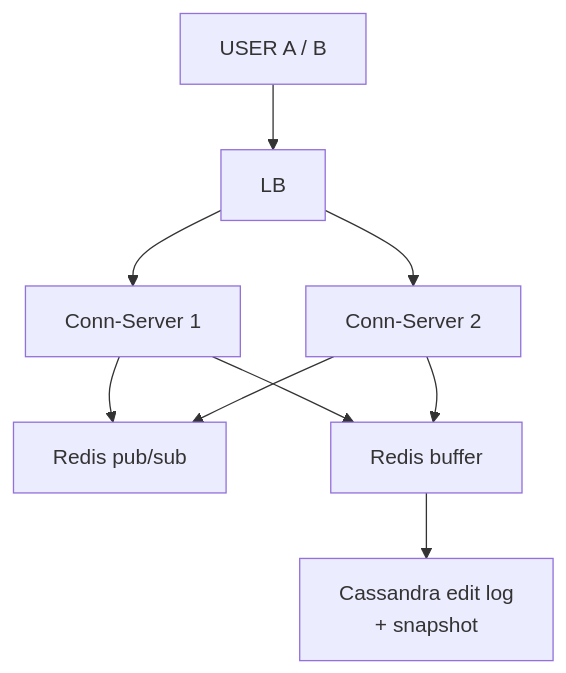
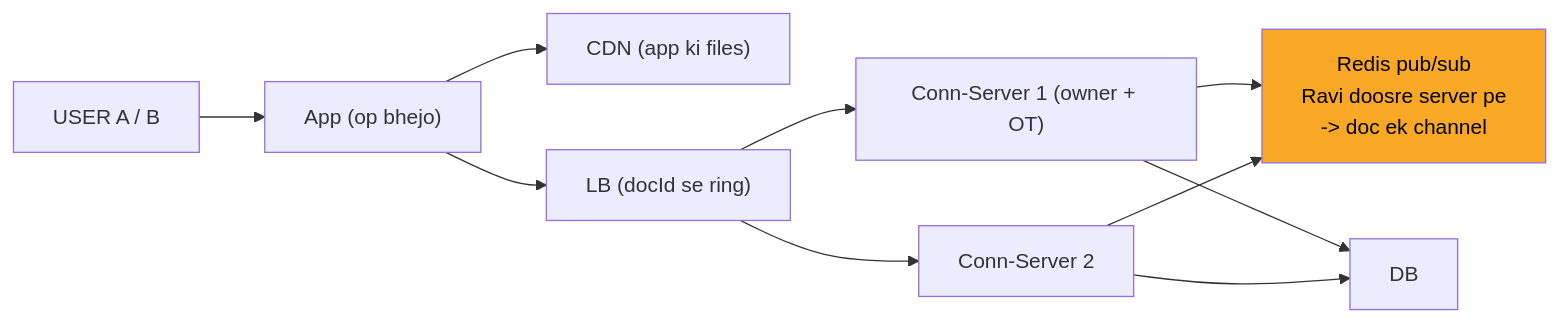
Before and after one commit to ArpanMaheshwari144/Prep: the sixth of 10 diagrams in 04_HLD/SYSTEM_DESIGNS/11_google_docs_collab/11_google_docs_collab.md, drawn with Mermaid. The commit also changed other lines of this file and 2 other files, not shown here.

Commit message:
docs, kafka, banking: one-day story, short cards, follow-ups with rules, highlighted diagrams

````diff
--- a/04_HLD/SYSTEM_DESIGNS/11_google_docs_collab/11_google_docs_collab.md
+++ b/04_HLD/SYSTEM_DESIGNS/11_google_docs_collab/11_google_docs_collab.md
@@ -239,18 +195,21 @@
 ```mermaid
-flowchart TD
-    n_USER_A_B["USER A / B"]
-    n_LB["LB"]
-    n_Conn_Server_x_N_1["Conn-Server 1"]
-    n_Conn_Server_x_N_2["Conn-Server 2"]
-    n_Redis_pub_sub["Redis pub/sub"]
-    n_Redis_buffer["Redis buffer"]
-    n_Cassandra_edit_log["Cassandra edit log<br/>+ snapshot"]
-    n_USER_A_B --> n_LB
-    n_LB --> n_Conn_Server_x_N_1
-    n_LB --> n_Conn_Server_x_N_2
-    n_Conn_Server_x_N_1 --> n_Redis_pub_sub
-    n_Conn_Server_x_N_2 --> n_Redis_pub_sub
-    n_Conn_Server_x_N_1 --> n_Redis_buffer
-    n_Conn_Server_x_N_2 --> n_Redis_buffer
-    n_Redis_buffer --> n_Cassandra_edit_log
+flowchart LR
+    n_USER["USER A / B"]
+    n_App["App (op bhejo)"]
+    n_CDN["CDN (app ki files)"]
+    n_LB["LB (docId se ring)"]
+    n_CS1["Conn-Server 1 (owner + OT)"]
+    n_CS2["Conn-Server 2"]
+    n_PS["Redis pub/sub<br/>Ravi doosre server pe<br/>-> doc ek channel"]
+    n_DB["DB"]
+    n_USER --> n_App
+    n_App --> n_CDN
+    n_App --> n_LB
+    n_LB --> n_CS1
+    n_LB --> n_CS2
+    n_CS1 --> n_PS
+    n_CS2 --> n_PS
+    n_CS1 --> n_DB
+    n_CS2 --> n_DB
+    style n_PS fill:#f9a825,color:#000
 ```
````
